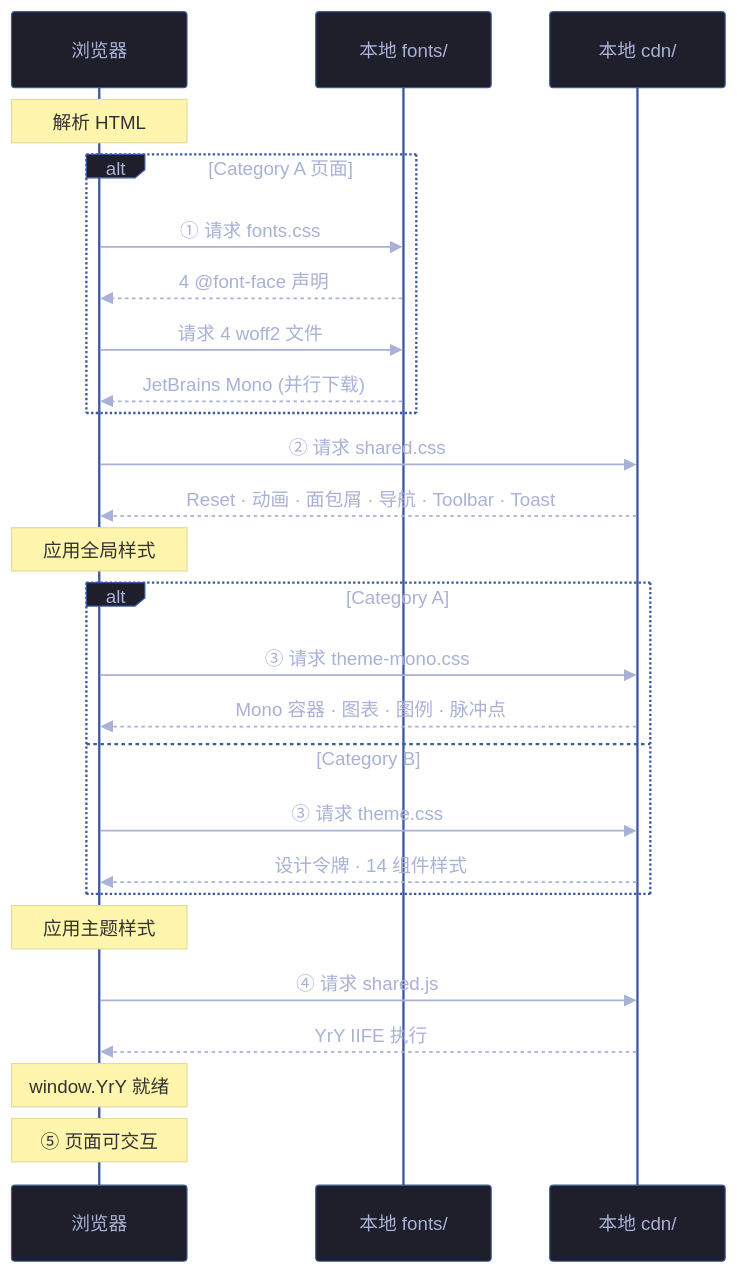
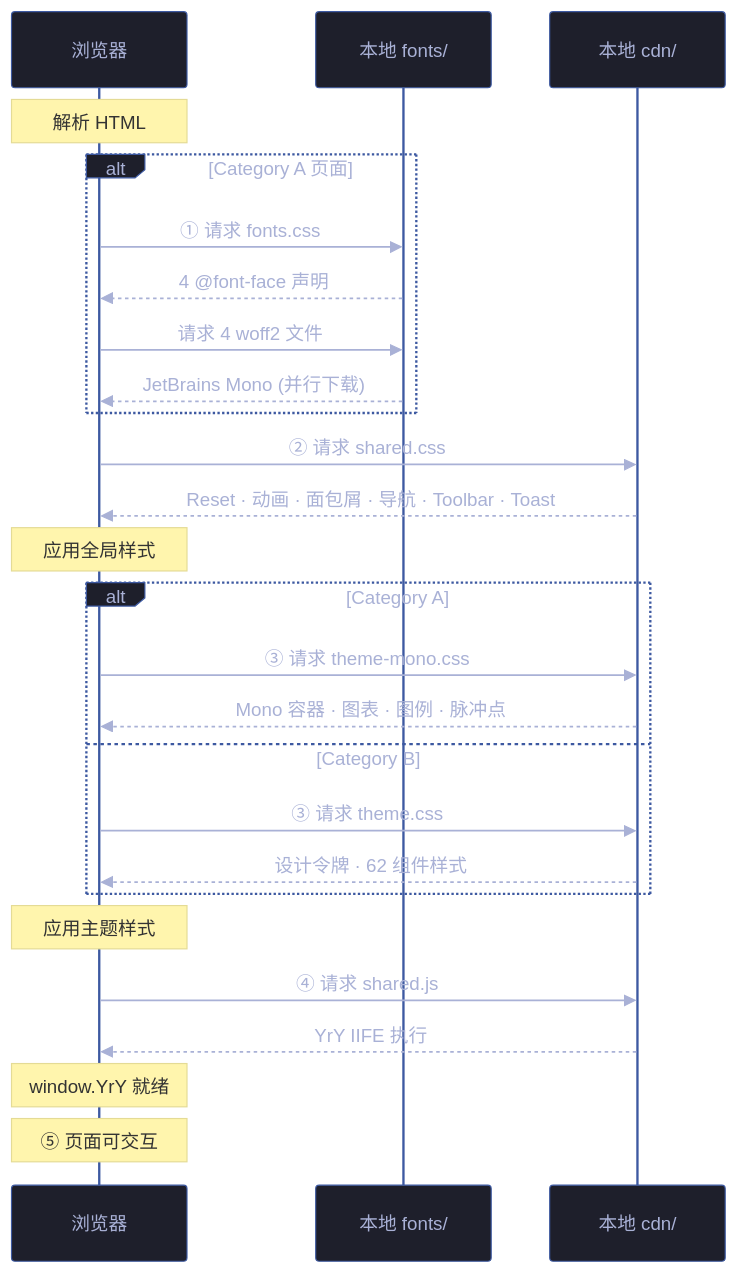
The third of 3 diagrams in cdn/故事任务面板/cdn/场景-1-cdn资源加载与页面渲染/index.md (effiy/YrY), drawn with Mermaid before and after one commit. The commit also changed other lines of this file and 613 other files, not shown here.

````diff
--- a/cdn/故事任务面板/cdn/场景-1-cdn资源加载与页面渲染/index.md
+++ b/cdn/故事任务面板/cdn/场景-1-cdn资源加载与页面渲染/index.md
@@ -107,42 +107,42 @@
 ```mermaid
 %%{init: {'theme': 'base', 'themeVariables': {
   'primaryColor': '#1e1f2b',
   'primaryTextColor': '#a9b1d6',
   'primaryBorderColor': '#3d59a1',
   'lineColor': '#3d59a1',
   'secondaryColor': '#2b2d3b',
   'tertiaryColor': '#21232f'
 }}}%%
 sequenceDiagram
     participant B as 浏览器
     participant F as 本地 fonts/
     participant L as 本地 cdn/
 
     Note over B: 解析 HTML
 
     alt Category A 页面
         B->>F: ① 请求 fonts.css
         F-->>B: 4 @font-face 声明
         B->>F: 请求 4 woff2 文件
         F-->>B: JetBrains Mono (并行下载)
     end
 
     B->>L: ② 请求 shared.css
     L-->>B: Reset · 动画 · 面包屑 · 导航 · Toolbar · Toast
     Note over B: 应用全局样式
 
     alt Category A
         B->>L: ③ 请求 theme-mono.css
         L-->>B: Mono 容器 · 图表 · 图例 · 脉冲点
     else Category B
         B->>L: ③ 请求 theme.css
-        L-->>B: 设计令牌 · 14 组件样式
+        L-->>B: 设计令牌 · 62 组件样式
     end
     Note over B: 应用主题样式
 
     B->>L: ④ 请求 shared.js
     L-->>B: YrY IIFE 执行
     Note over B: window.YrY 就绪
 
     Note over B: ⑤ 页面可交互
 ```
````
